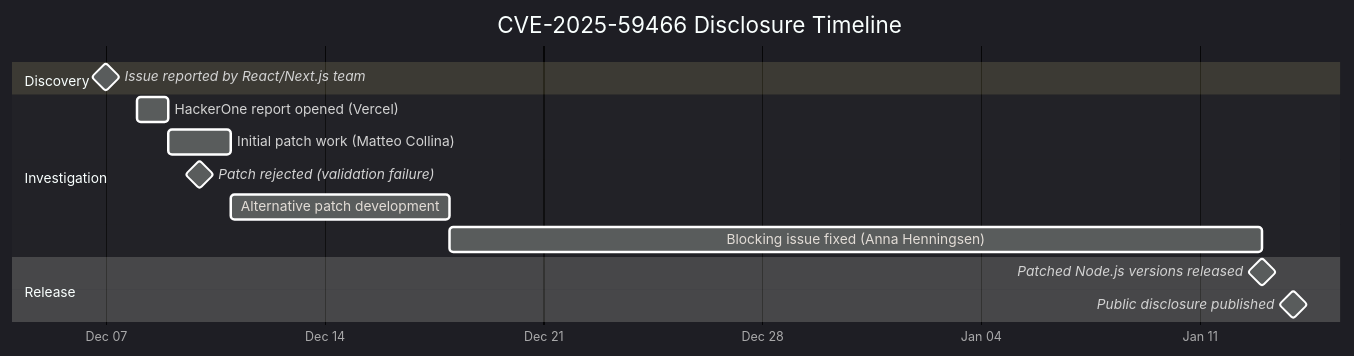
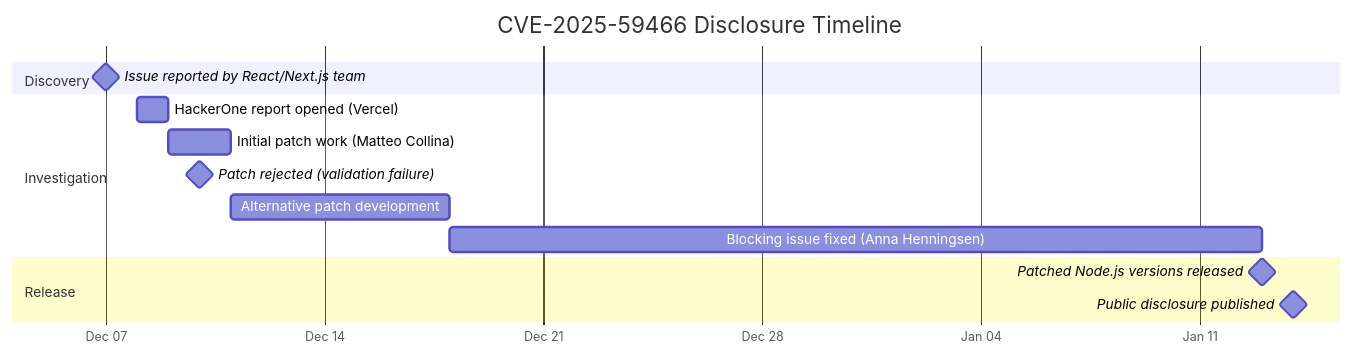
Before and after one commit to rsrini7/Learnings: the third of 3 diagrams in News/Node.js-Async-Hooks-DoS-Vulnerability.md, drawn with Mermaid. The commit also changed other lines of this file, not shown here.

First line of the commit message:
style: update diagram colors and remove theme from gantt chart

````diff
--- a/News/Node.js-Async-Hooks-DoS-Vulnerability.md
+++ b/News/Node.js-Async-Hooks-DoS-Vulnerability.md
@@ -460,24 +460,24 @@
 ```mermaid
 
 gantt
     title CVE-2025-59466 Disclosure Timeline
     dateFormat  YYYY-MM-DD
     axisFormat  %b %d
     tickInterval 1week
 
     section Discovery
     Issue reported by React/Next.js team      :milestone, m1, 2025-12-07, 0d
 
     section Investigation
     HackerOne report opened (Vercel)          :a1, 2025-12-08, 1d
     Initial patch work (Matteo Collina)       :a2, 2025-12-09, 2d
     Patch rejected (validation failure)       :milestone, m2, 2025-12-10, 0d
     Alternative patch development             :a3, 2025-12-11, 7d
     Blocking issue fixed (Anna Henningsen)    :a4, 2025-12-18, 26d
 
     section Release
     Patched Node.js versions released         :milestone, m3, 2026-01-13, 0d
     Public disclosure published               :milestone, m4, 2026-01-14, 0d
-    %%{init: { "theme": "dark", "gantt": { "barHeight": 20, "barGap": 6 } }}%%
+    %%{init: { "gantt": { "barHeight": 20, "barGap": 6 } }}%%   
 
 ```
````
